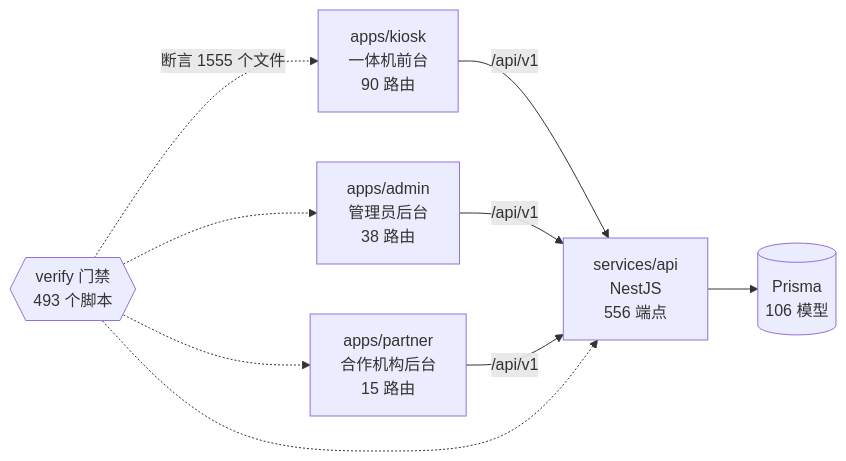
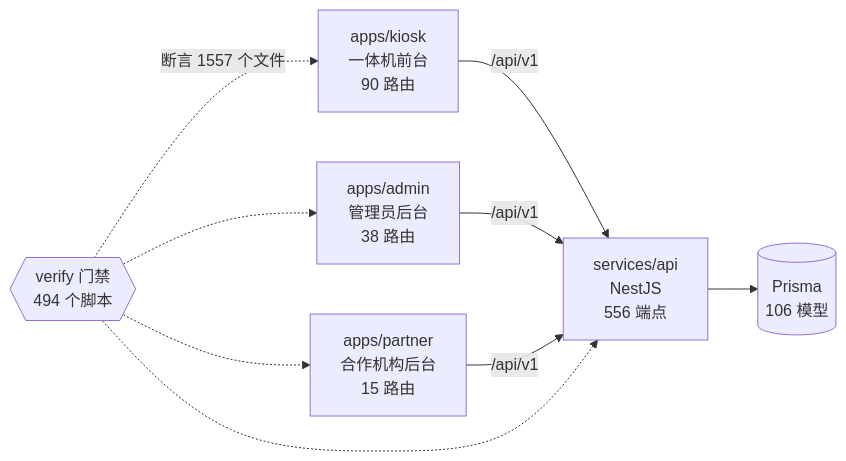
The diagram in docs/graph/README.md (wanglei581/YITIJI), drawn with Mermaid before and after one commit. The commit also changed other lines of this file and 2 other files, not shown here.

Commit message:
docs(graph): regenerate after the C-15 CMap merge

````diff
--- a/docs/graph/README.md
+++ b/docs/graph/README.md
@@ -68,18 +68,18 @@
 ```mermaid
 flowchart LR
   kiosk["apps/kiosk<br/>一体机前台<br/>90 路由"]
   admin["apps/admin<br/>管理员后台<br/>38 路由"]
   partner["apps/partner<br/>合作机构后台<br/>15 路由"]
   api["services/api<br/>NestJS<br/>556 端点"]
   db[("Prisma<br/>106 模型")]
-  gates{{"verify 门禁<br/>493 个脚本"}}
+  gates{{"verify 门禁<br/>494 个脚本"}}
 
   kiosk -->|"/api/v1"| api
   admin -->|"/api/v1"| api
   partner -->|"/api/v1"| api
   api --> db
-  gates -.->|"断言 1555 个文件"| kiosk
+  gates -.->|"断言 1557 个文件"| kiosk
   gates -.-> admin
   gates -.-> partner
   gates -.-> api
 ```
````
